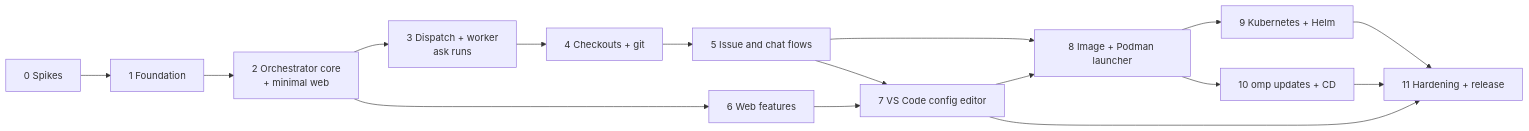
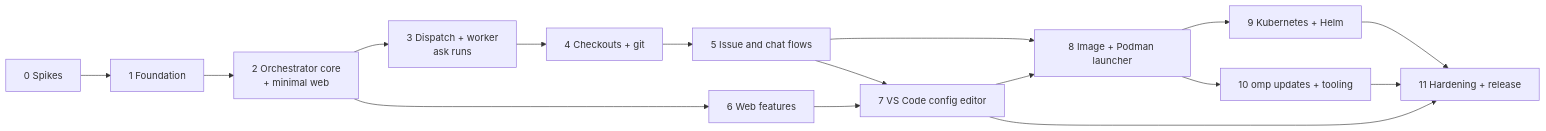
Before and after one commit to factotuminok/AgentBot: the diagram in wiki/implementation.md, drawn with Mermaid. The commit also changed other lines of this file and 11 other files, not shown here.

````diff
--- a/wiki/implementation.md
+++ b/wiki/implementation.md
@@ -58,18 +58,18 @@
 ```mermaid
 flowchart LR
     P0[0 Spikes] --> P1[1 Foundation]
     P1 --> P2[2 Orchestrator core<br/>+ minimal web]
     P2 --> P3[3 Dispatch + worker<br/>ask runs]
     P3 --> P4[4 Checkouts + git]
     P4 --> P5[5 Issue and chat flows]
     P2 --> P6[6 Web features]
     P5 --> P7[7 VS Code config editor]
     P6 --> P7
     P5 --> P8[8 Image + Podman launcher]
     P7 --> P8
     P8 --> P9[9 Kubernetes + Helm]
-    P8 --> P10[10 omp updates + CD]
+    P8 --> P10[10 omp updates + tooling]
     P9 --> P11[11 Hardening + release]
     P10 --> P11
     P7 --> P11
 ```
````
